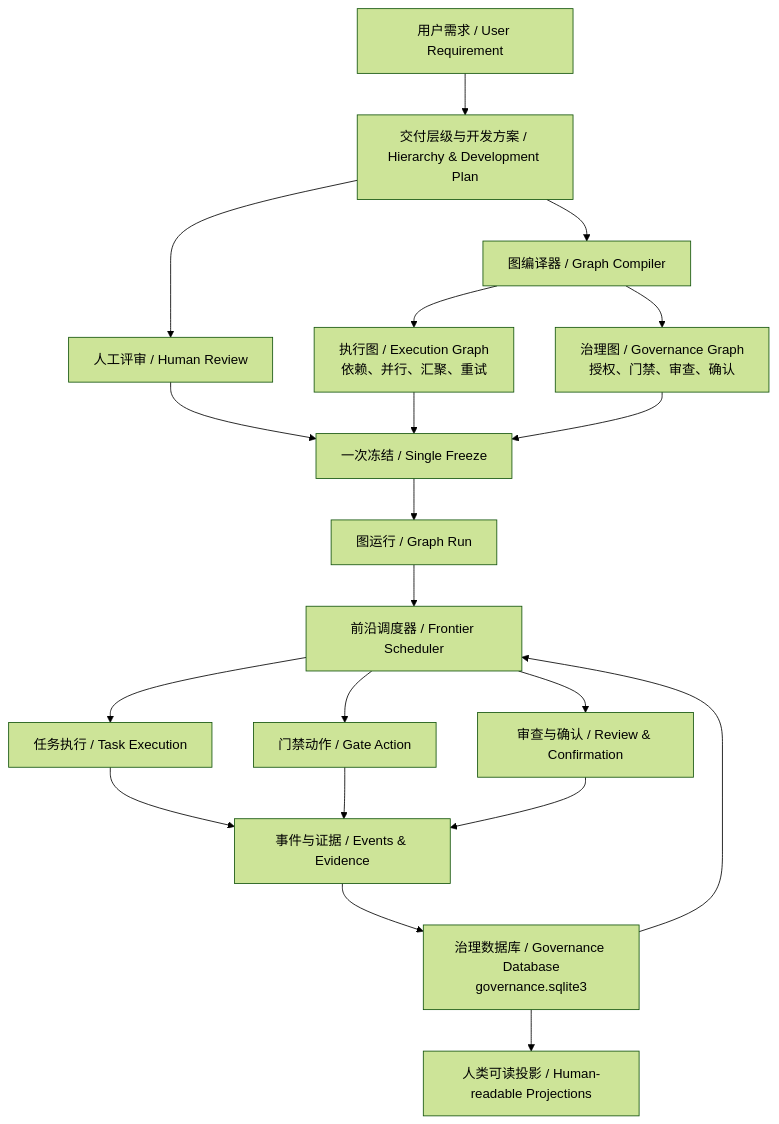
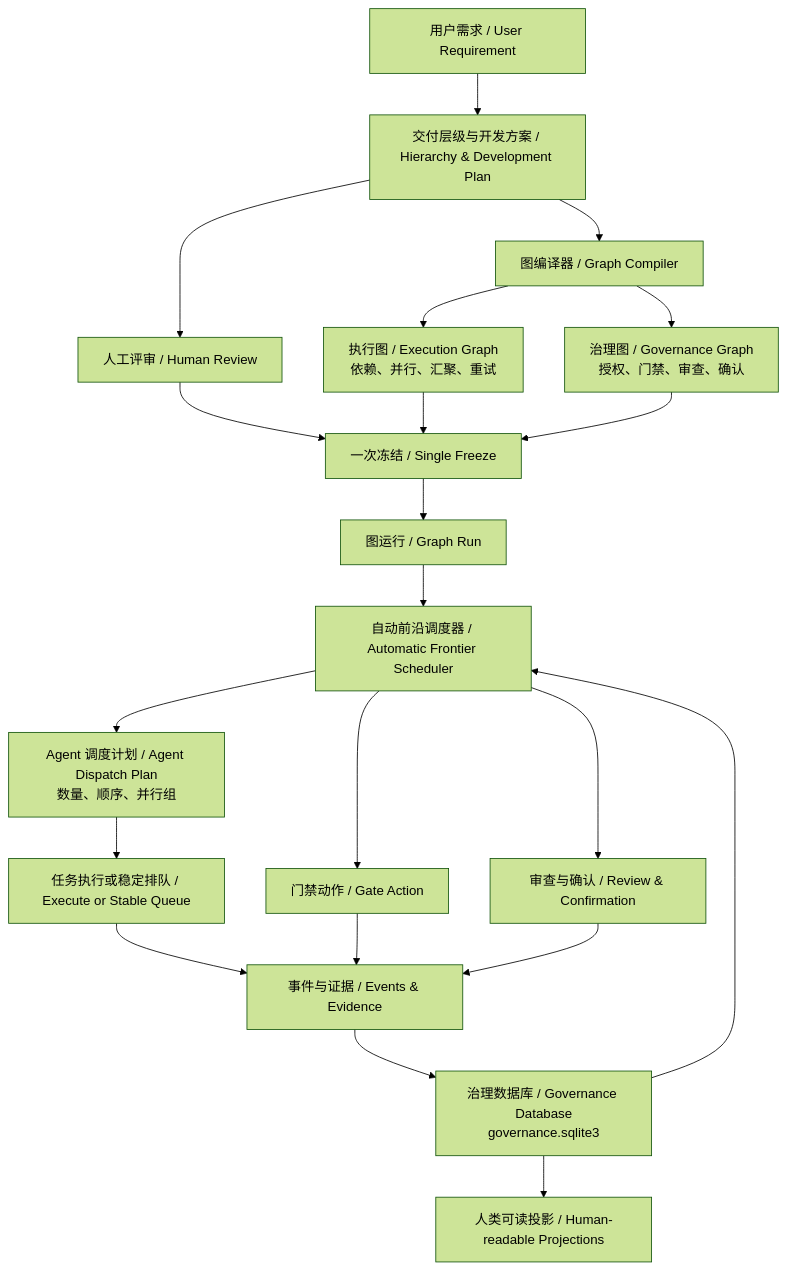
The second of 4 diagrams in docs/project-engineering.md (feng123321li/gated-ai-dev-loop), drawn with Mermaid (forest theme) before and after one commit. The commit also changed other lines of this file and 22 other files, not shown here.

Commit message:
Make Graph scheduling controller-owned

````diff
--- a/docs/project-engineering.md
+++ b/docs/project-engineering.md
@@ -76,22 +76,23 @@
 ```mermaid
 flowchart TD
     U["用户需求 / User Requirement"] --> H["交付层级与开发方案 / Hierarchy & Development Plan"]
     H --> V["人工评审 / Human Review"]
     H --> GC["图编译器 / Graph Compiler"]
     GC --> EG["执行图 / Execution Graph<br/>依赖、并行、汇聚、重试"]
     GC --> GG["治理图 / Governance Graph<br/>授权、门禁、审查、确认"]
     V --> F["一次冻结 / Single Freeze"]
     EG --> F
     GG --> F
     F --> GR["图运行 / Graph Run"]
-    GR --> FS["前沿调度器 / Frontier Scheduler"]
-    FS --> TE["任务执行 / Task Execution"]
+    GR --> FS["自动前沿调度器 / Automatic Frontier Scheduler"]
+    FS --> DP["Agent 调度计划 / Agent Dispatch Plan<br/>数量、顺序、并行组"]
+    DP --> TE["任务执行或稳定排队 / Execute or Stable Queue"]
     FS --> GA["门禁动作 / Gate Action"]
     FS --> RV["审查与确认 / Review & Confirmation"]
     TE --> EV["事件与证据 / Events & Evidence"]
     GA --> EV
     RV --> EV
     EV --> DB["治理数据库 / Governance Database<br/>governance.sqlite3"]
     DB --> FS
     DB --> MD["人类可读投影 / Human-readable Projections"]
 ```
````
